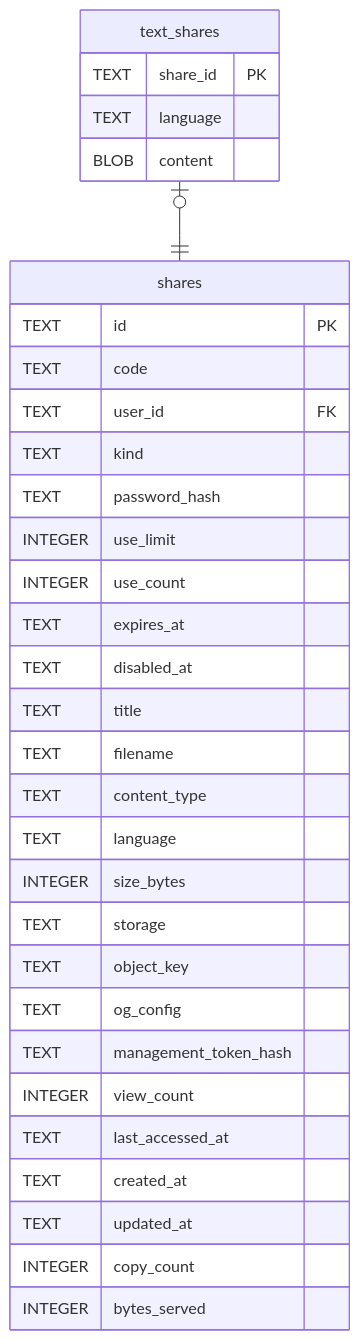
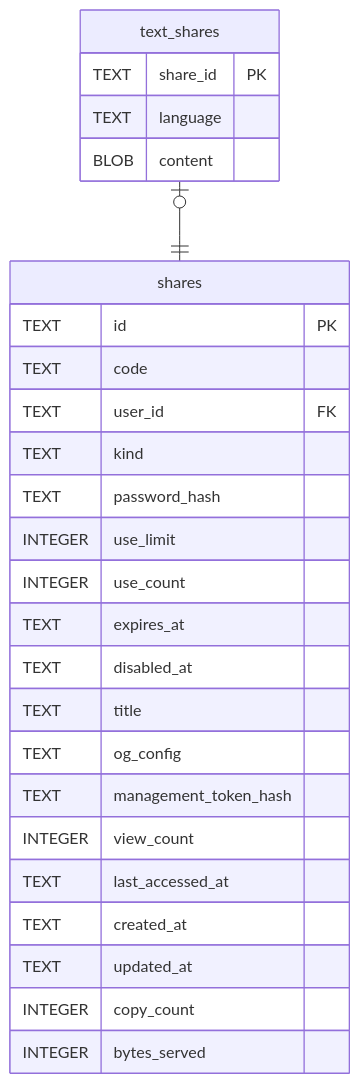
Before and after one commit to Limatura/tessera: the diagram in docs/schema/text_shares.md, drawn with Mermaid. The commit also changed 21 other files, not shown here.

````diff
--- a/docs/schema/text_shares.md
+++ b/docs/schema/text_shares.md
@@ -44,37 +44,31 @@
 ```mermaid
 erDiagram
 
 "text_shares" |o--|| "shares" : ""
 
 "text_shares" {
   TEXT share_id PK
   TEXT language
   BLOB content
 }
 "shares" {
   TEXT id PK
   TEXT code
   TEXT user_id FK
   TEXT kind
   TEXT password_hash
   INTEGER use_limit
   INTEGER use_count
   TEXT expires_at
   TEXT disabled_at
   TEXT title
-  TEXT filename
-  TEXT content_type
-  TEXT language
-  INTEGER size_bytes
-  TEXT storage
-  TEXT object_key
   TEXT og_config
   TEXT management_token_hash
   INTEGER view_count
   TEXT last_accessed_at
   TEXT created_at
   TEXT updated_at
   INTEGER copy_count
   INTEGER bytes_served
 }
 ```
````
